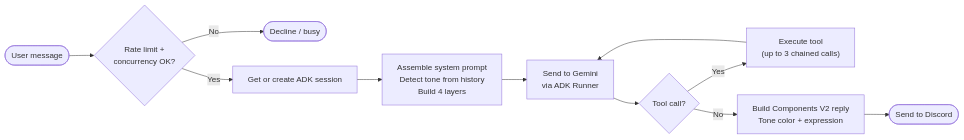
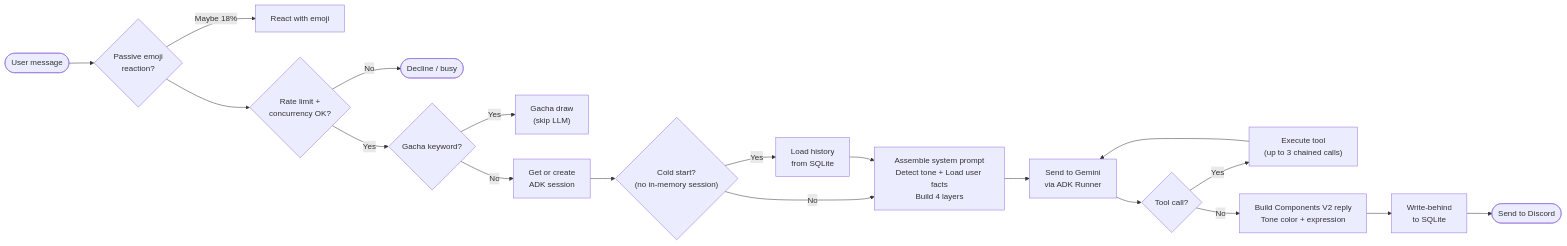
One commit to AlaskanTuna/rokabot changed the second of 7 diagrams in README.md. Above: the diagram before and after it, drawn with Mermaid. The commit also changed other lines of this file and 3 other files, not shown here.

Commit message:
docs: update README with Phase 7 features, diagrams, and integration test script

````diff
--- a/README.md
+++ b/README.md
@@ -60,13 +69,21 @@
 ```mermaid
 flowchart LR
-    Start([User message]) --> Guards{Rate limit +\nconcurrency OK?}
+    Start([User message]) --> Reaction{"Passive emoji\nreaction?"}
+    Reaction -->|Maybe 18%| React["React with emoji"]
+    Reaction --> Guards{Rate limit +\nconcurrency OK?}
     Guards -->|No| Reject([Decline / busy])
-    Guards -->|Yes| Session["Get or create ADK session"]
-    Session --> Prompt["Assemble system prompt\nDetect tone from history\nBuild 4 layers"]
+    Guards -->|Yes| Gacha{Gacha keyword?}
+    Gacha -->|Yes| Draw["Gacha draw\n(skip LLM)"]
+    Gacha -->|No| Session["Get or create\nADK session"]
+    Session --> Rehydrate{"Cold start?\n(no in-memory session)"}
+    Rehydrate -->|Yes| Load["Load history\nfrom SQLite"]
+    Rehydrate -->|No| Prompt
+    Load --> Prompt["Assemble system prompt\nDetect tone + Load user facts\nBuild 4 layers"]
     Prompt --> Gemini["Send to Gemini\nvia ADK Runner"]
     Gemini --> ToolCheck{Tool call?}
     ToolCheck -->|Yes| Execute["Execute tool\n(up to 3 chained calls)"]
     Execute --> Gemini
     ToolCheck -->|No| Format["Build Components V2 reply\nTone color + expression"]
-    Format --> Send([Send to Discord])
+    Format --> Persist["Write-behind\nto SQLite"]
+    Persist --> Send([Send to Discord])
 ```
````
